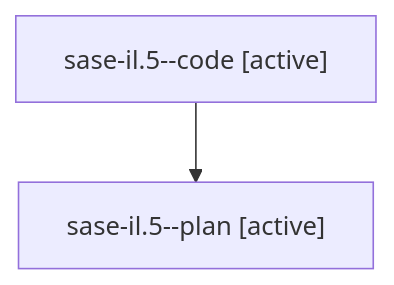
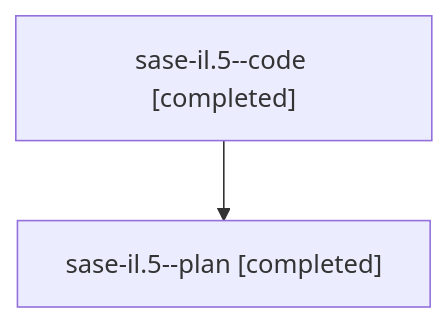
One commit to sase-org/sase--agents changed the diagram in families/bbugyi200.athena.sase-il.5.md. Above: the diagram before and after it, drawn with Mermaid. The commit also changed other lines of this file and 83 other files, not shown here.

````diff
--- a/families/bbugyi200.athena.sase-il.5.md
+++ b/families/bbugyi200.athena.sase-il.5.md
@@ -9,6 +9,6 @@
 ```mermaid
 flowchart TD
-  n0["sase-il.5--code [active]"]
-  n1["sase-il.5--plan [active]"]
+  n0["sase-il.5--code [completed]"]
+  n1["sase-il.5--plan [completed]"]
   n0 --> n1
 ```
````
